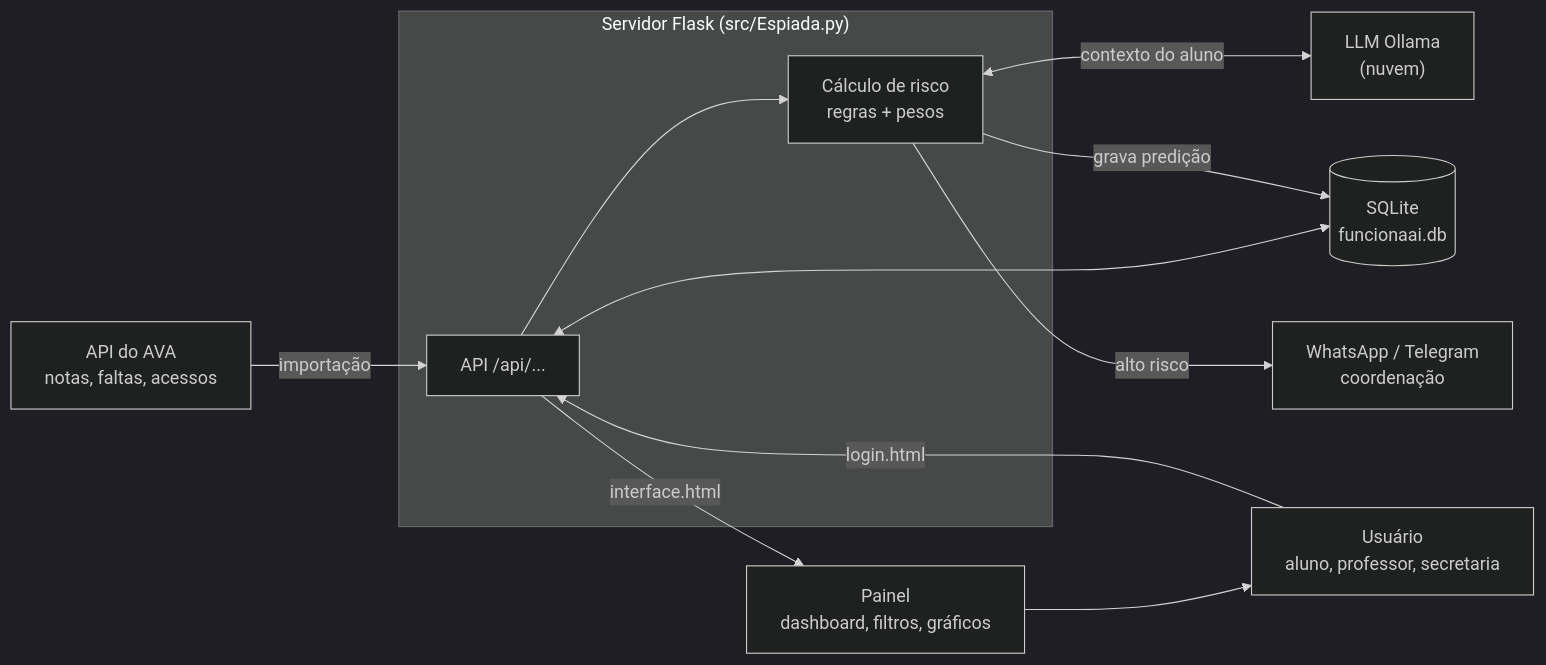
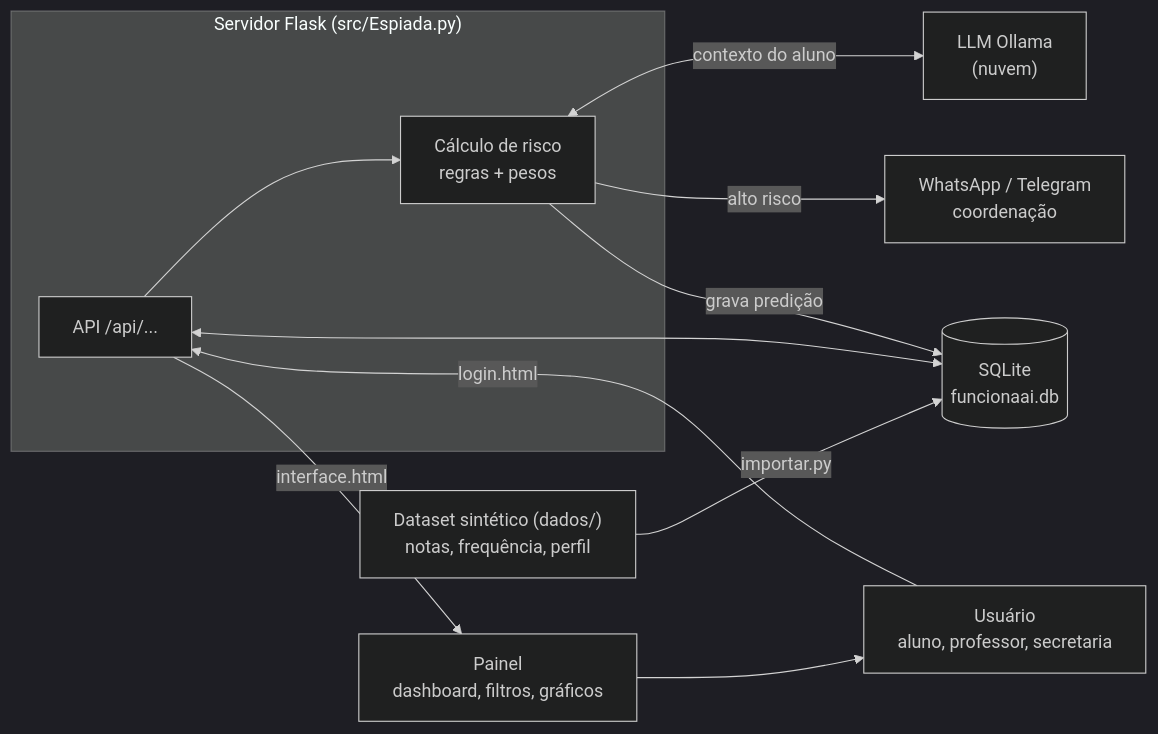
Before and after one commit to DiegoGDutra/Projeto-Espiada: the first of 4 diagrams in readme.md, drawn with Mermaid (dark theme). The commit also changed other lines of this file and 23 other files, not shown here.

First line of the commit message:
Adota o schema do dataset sintético e importa os dados fornecidos

````diff
--- a/readme.md
+++ b/readme.md
@@ -129,16 +134,16 @@
 ```mermaid
 flowchart LR
-    AVA["API do AVA<br/>notas, faltas, acessos"] -->|importação| API
+    AVA["Dataset sintético (dados/)<br/>notas, frequência, perfil"] -->|importar.py| DB
     subgraph Servidor["Servidor Flask (src/Espiada.py)"]
         API["API /api/..."]
         CALC["Cálculo de risco<br/>regras + pesos"]
         API --> CALC
     end
     API <--> DB[("SQLite<br/>funcionaai.db")]
     CALC <-->|contexto do aluno| LLM["LLM Ollama<br/>(nuvem)"]
     CALC -->|grava predição| DB
     CALC -->|alto risco| NOTIF["WhatsApp / Telegram<br/>coordenação"]
     U["Usuário<br/>aluno, professor, secretaria"] -->|login.html| API
     API -->|interface.html| PAINEL["Painel<br/>dashboard, filtros, gráficos"]
     PAINEL --> U
 ```
````
